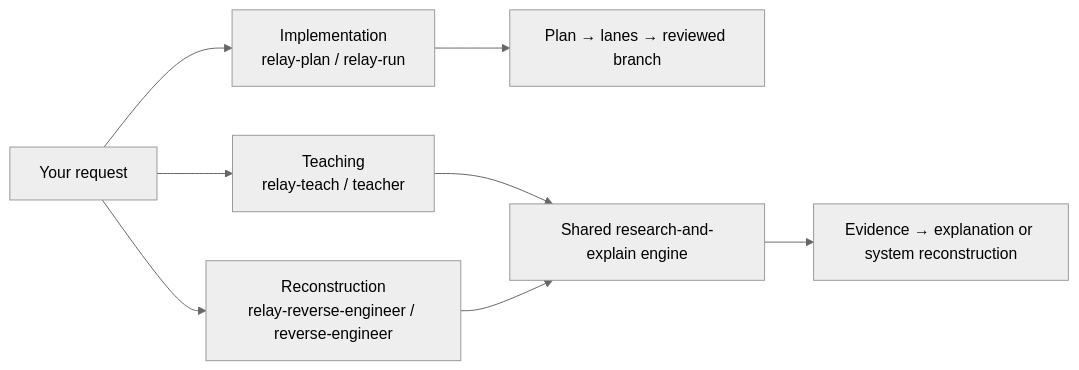
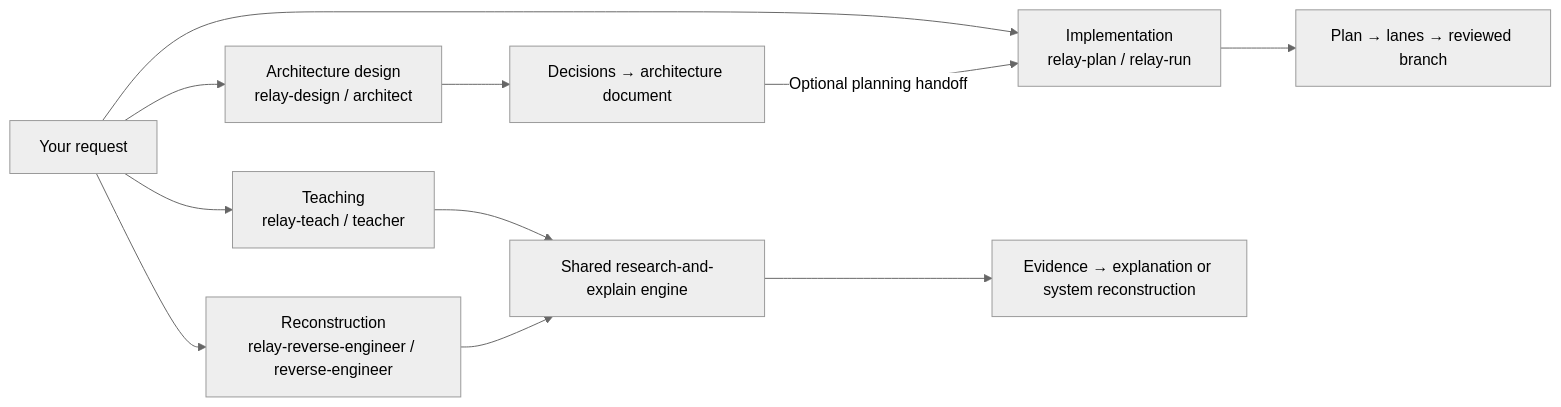
The first of 15 diagrams in README.md (cube-digital/relay), drawn with Mermaid (neutral theme) before and after one commit. The commit also changed other lines of this file and 33 other files, not shown here.

Commit message:
feat: add architecture design workflow and release 0.4.0

````diff
--- a/README.md
+++ b/README.md
@@ -13,10 +13,13 @@
 ```mermaid
 flowchart LR
     request["Your request"] --> implementation["Implementation<br/>relay-plan / relay-run"]
     implementation --> branch["Plan → lanes → reviewed branch"]
+    request --> design["Architecture design<br/>relay-design / architect"]
+    design --> document["Decisions → architecture document"]
+    document -->|Optional planning handoff| implementation
     request --> teach["Teaching<br/>relay-teach / teacher"]
     request --> reconstruct["Reconstruction<br/>relay-reverse-engineer / reverse-engineer"]
     teach --> research["Shared research-and-explain engine"]
     reconstruct --> research
     research --> answer["Evidence → explanation or system reconstruction"]
 ```
````
